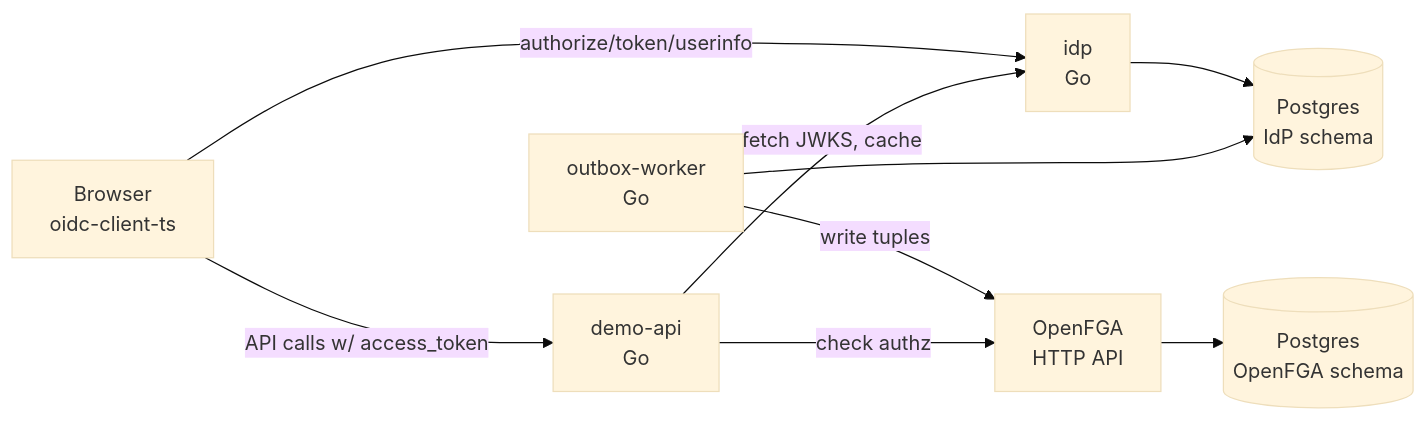
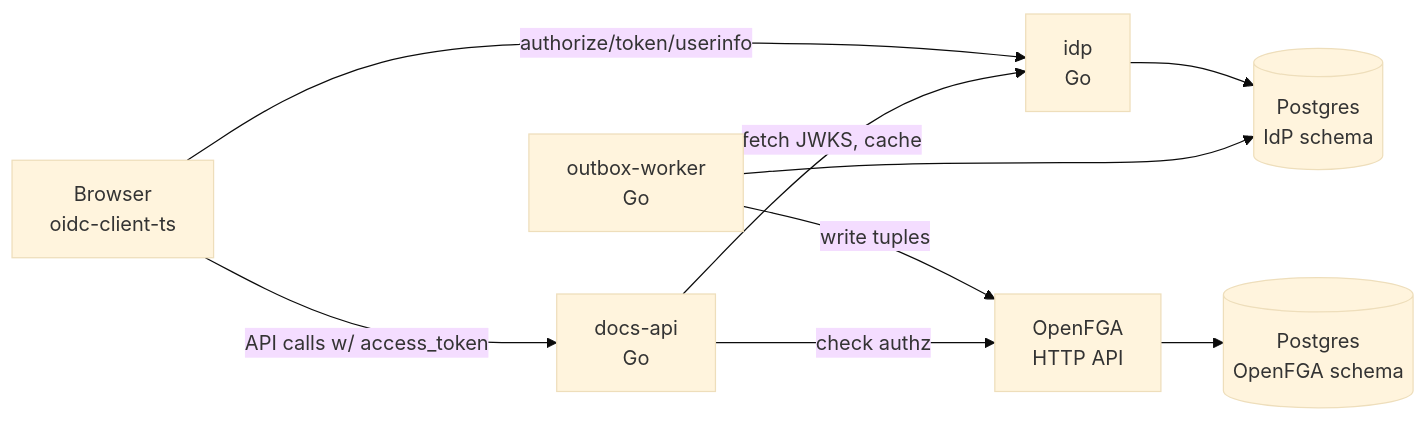
The second of 5 diagrams in README.md (mhockenbury/identity-provider), drawn with Mermaid (base theme) before and after one commit. The commit also changed other lines of this file and 24 other files, not shown here.

````diff
--- a/README.md
+++ b/README.md
@@ -176,19 +176,19 @@
 ```mermaid
 flowchart LR
     Browser[Browser<br/>oidc-client-ts]
     IdP[idp<br/>Go]
     PG_IdP[(Postgres<br/>IdP schema)]
     Worker[outbox-worker<br/>Go]
     FGA[OpenFGA<br/>HTTP API]
     PG_FGA[(Postgres<br/>OpenFGA schema)]
-    API[demo-api<br/>Go]
+    API[docs-api<br/>Go]
 
     Browser -->|authorize/token/userinfo| IdP
     IdP --> PG_IdP
     Worker --> PG_IdP
     Worker -->|write tuples| FGA
     FGA --> PG_FGA
     Browser -->|API calls w/ access_token| API
     API -->|fetch JWKS, cache| IdP
     API -->|check authz| FGA
 ```
````
